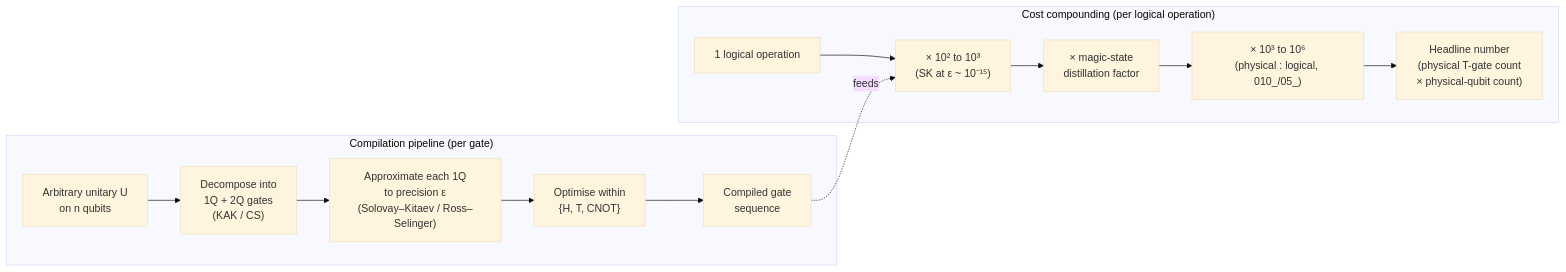
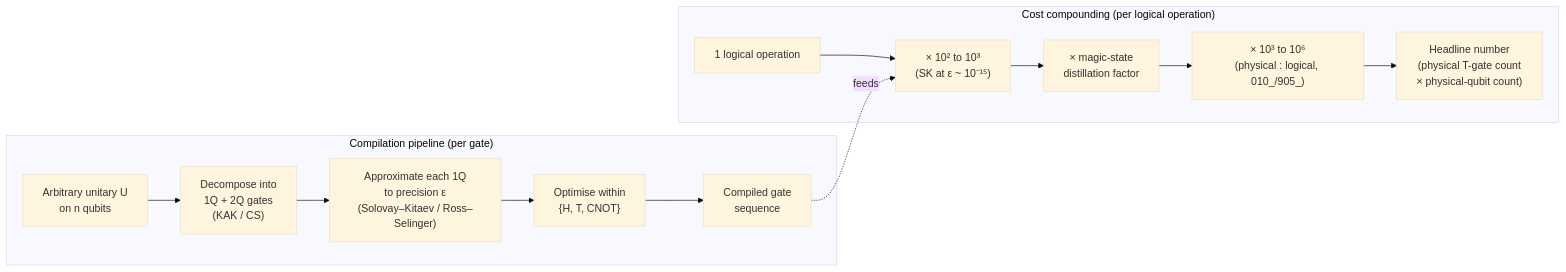
The diagram in Q+ATLANTIDE/900-999_QCSAA/900-909_Fundamentos-de-Computacion-Cuantica/020_gates/904_Universal-Gate-Sets-and-Decomposition.md (AmedeoPelliccia/Qplus-For-All-Queer-People-and-Quantum), drawn with Mermaid (base theme) before and after one commit. The commit also changed other lines of this file and 93 other files, not shown here.

````diff
--- a/Q+ATLANTIDE/900-999_QCSAA/900-909_Fundamentos-de-Computacion-Cuantica/020_gates/904_Universal-Gate-Sets-and-Decomposition.md
+++ b/Q+ATLANTIDE/900-999_QCSAA/900-909_Fundamentos-de-Computacion-Cuantica/020_gates/904_Universal-Gate-Sets-and-Decomposition.md
@@ -82,16 +82,16 @@
 ```mermaid
 flowchart LR
     subgraph Pipeline["Compilation pipeline (per gate)"]
         A1["Arbitrary unitary U<br/>on n qubits"] --> A2["Decompose into<br/>1Q + 2Q gates<br/>(KAK / CS)"]
         A2 --> A3["Approximate each 1Q<br/>to precision ε<br/>(Solovay–Kitaev / Ross–Selinger)"]
         A3 --> A4["Optimise within<br/>{H, T, CNOT}"]
         A4 --> A5["Compiled gate<br/>sequence"]
     end
     subgraph Cost["Cost compounding (per logical operation)"]
         C1["1 logical operation"] --> C2["× 10² to 10³<br/>(SK at ε ~ 10⁻¹⁵)"]
         C2 --> C3["× magic-state<br/>distillation factor"]
-        C3 --> C4["× 10³ to 10⁶<br/>(physical : logical, 010_/05_)"]
+        C3 --> C4["× 10³ to 10⁶<br/>(physical : logical, 010_/905_)"]
         C4 --> C5["Headline number<br/>(physical T-gate count<br/>× physical-qubit count)"]
     end
     A5 -. "feeds" .-> C2
 ```
````
